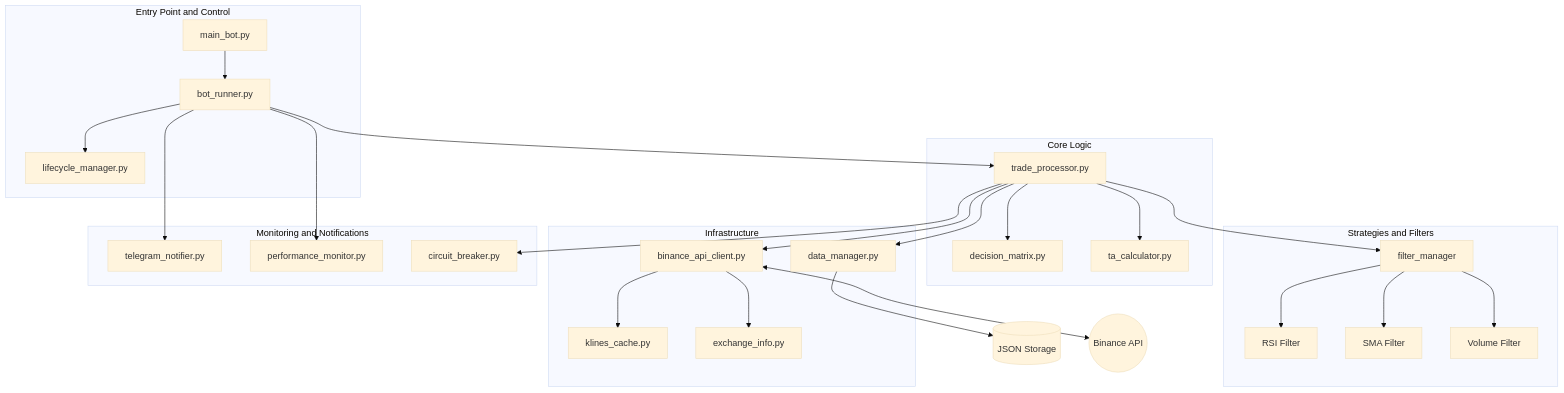
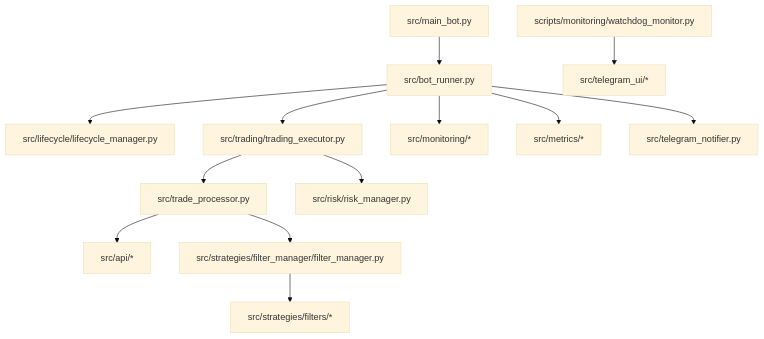
Before and after one commit to dturovskiy/TradingBinanceBot: the diagram in PROJECT_MAP_EN.md, drawn with Mermaid (base theme). The commit also changed other lines of this file and 13 other files, not shown here.

First line of the commit message:
docs: update CHANGELOG to reflect TradingBinanceBot scope

````diff
--- a/PROJECT_MAP_EN.md
+++ b/PROJECT_MAP_EN.md
@@ -11,36 +8,15 @@
 ```mermaid
 graph TD
-    subgraph "Entry Point and Control"
-        MB[main_bot.py] --> BR[bot_runner.py]
-        BR --> LM[lifecycle_manager.py]
-    end
-
-    subgraph "Core Logic"
-        BR --> TP[trade_processor.py]
-        TP --> DM[decision_matrix.py]
-        TP --> TA[ta_calculator.py]
-    end
-
-    subgraph "Strategies and Filters"
-        TP --> SM[filter_manager]
-        SM --> F1[RSI Filter]
-        SM --> F2[SMA Filter]
-        SM --> F3[Volume Filter]
-    end
-
-    subgraph "Infrastructure"
-        TP --> BAC[binance_api_client.py]
-        BAC --> KC[klines_cache.py]
-        BAC --> EI[exchange_info.py]
-        TP --> DMAN[data_manager.py]
-    end
-
-    subgraph "Monitoring and Notifications"
-        BR --> TN[telegram_notifier.py]
-        BR --> PM[performance_monitor.py]
-        TP --> CB[circuit_breaker.py]
-    end
-
-    DMAN --> Disk[(JSON Storage)]
-    BAC <--> Binance((Binance API))
+    A[src/main_bot.py] --> B[src/bot_runner.py]
+    B --> C[src/lifecycle/lifecycle_manager.py]
+    B --> D[src/trading/trading_executor.py]
+    D --> E[src/trade_processor.py]
+    D --> F[src/risk/risk_manager.py]
+    E --> G[src/api/*]
+    E --> H[src/strategies/filter_manager/filter_manager.py]
+    H --> I[src/strategies/filters/*]
+    B --> J[src/monitoring/*]
+    B --> K[src/metrics/*]
+    B --> L[src/telegram_notifier.py]
+    M[scripts/monitoring/watchdog_monitor.py] --> N[src/telegram_ui/*]
 ```
````
